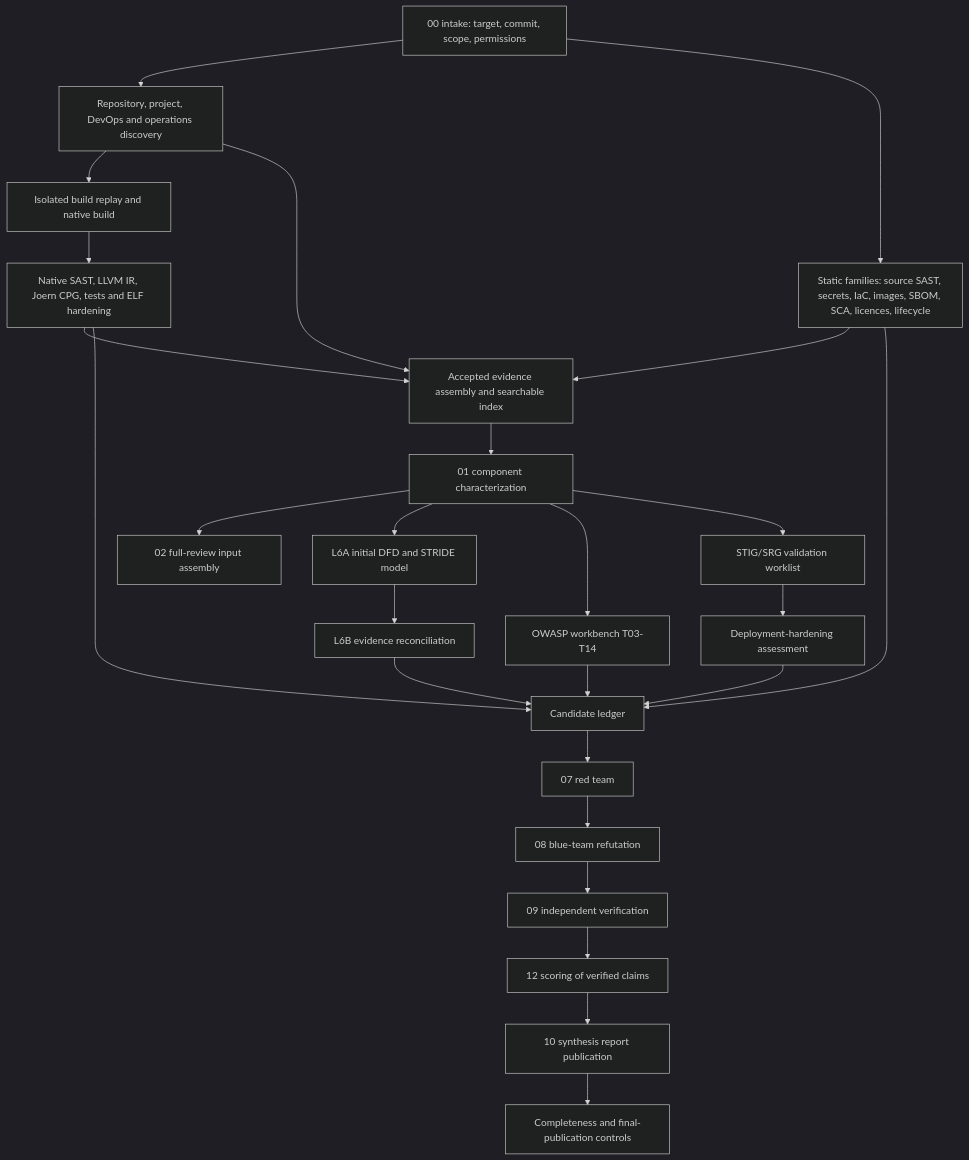
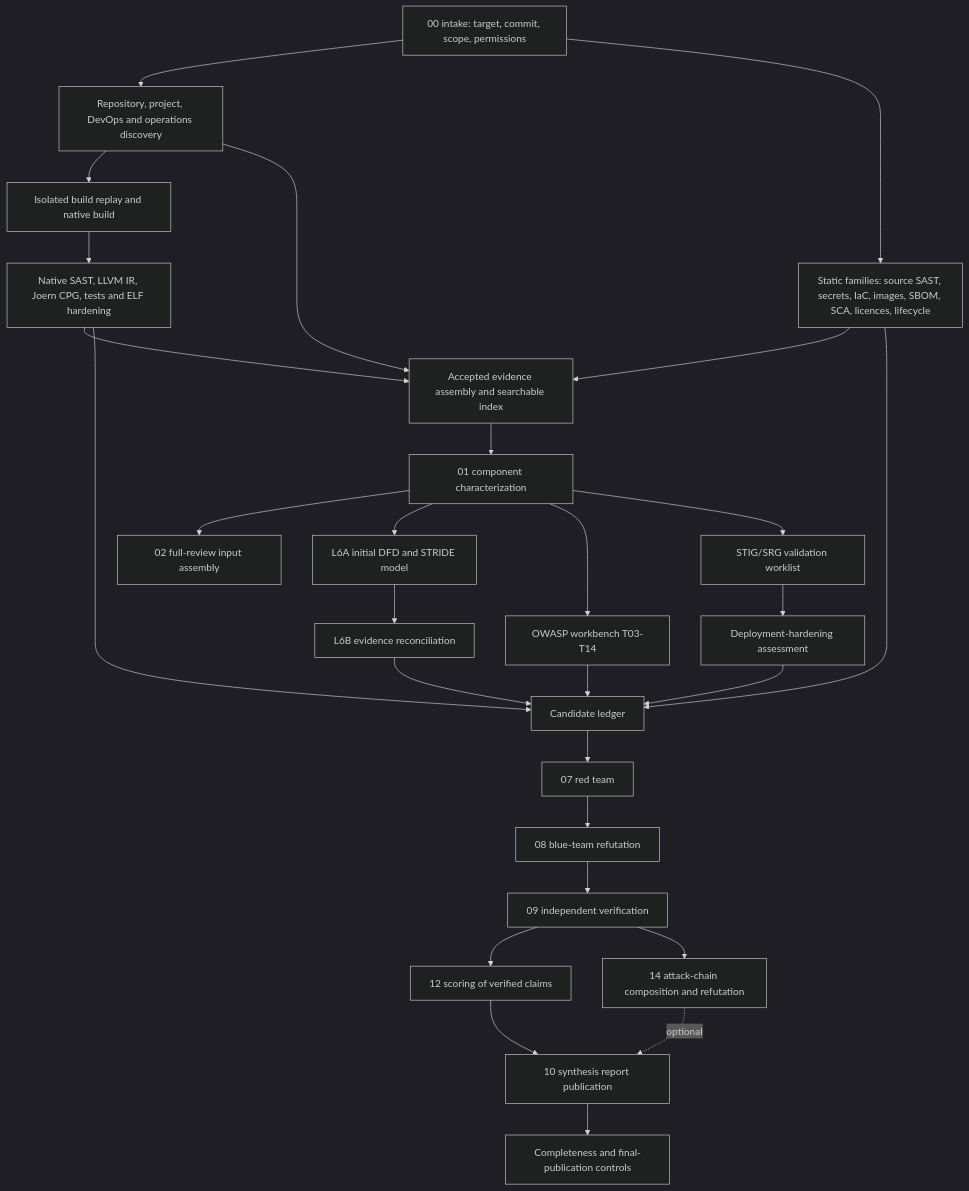
The diagram in docs/appsec-review-process-flow.md (wsollers/appsec-review), drawn with Mermaid (dark theme) before and after one commit. The commit also changed other lines of this file and 28 other files, not shown here.

First line of the commit message:
Lane 14 S4: attack-chain workers, job graph and Dagster wiring (ADR-0016)

````diff
--- a/docs/appsec-review-process-flow.md
+++ b/docs/appsec-review-process-flow.md
@@ -11,23 +11,25 @@
 ```mermaid
 flowchart TD
   I[00 intake: target, commit, scope, permissions] --> D[Repository, project, DevOps and operations discovery]
   I --> S[Static families: source SAST, secrets, IaC, images, SBOM, SCA, licences, lifecycle]
   D --> B[Isolated build replay and native build]
   B --> N[Native SAST, LLVM IR, Joern CPG, tests and ELF hardening]
   S & N & D --> E[Accepted evidence assembly and searchable index]
   E --> C[01 component characterization]
   C --> P[02 full-review input assembly]
   C --> T1[L6A initial DFD and STRIDE model]
   T1 --> T2[L6B evidence reconciliation]
   C --> O[OWASP workbench T03-T14]
   C --> G[STIG/SRG validation worklist]
   G --> H[Deployment-hardening assessment]
   T2 & O & H --> L[Candidate ledger]
   S & N --> L
   L --> R[07 red team]
   R --> U[08 blue-team refutation]
   U --> V[09 independent verification]
   V --> Q[12 scoring of verified claims]
+  V --> K[14 attack-chain composition and refutation]
   Q --> X[10 synthesis report publication]
+  K -.->|optional| X
   X --> A[Completeness and final-publication controls]
 ```
````
